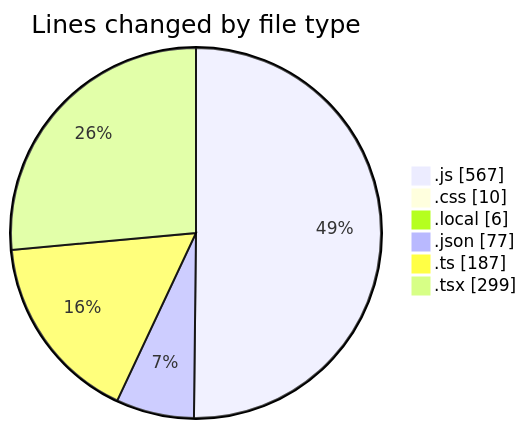
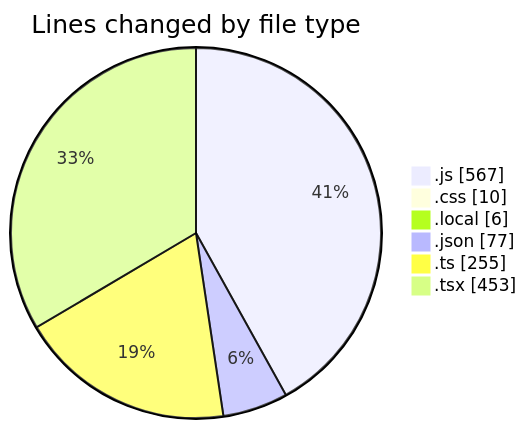
Before and after one commit to Ritupan-Deka/code-tracking: the first of 2 diagrams in 2025-05-04/houserentalservice/README.md, drawn with Mermaid. The commit also changed other lines of this file and 1 other file, not shown here.

````diff
--- a/2025-05-04/houserentalservice/README.md
+++ b/2025-05-04/houserentalservice/README.md
@@ -51,10 +54,10 @@
 ```mermaid
 pie showData
 title Lines changed by file type
 ".js" : 567
 ".css" : 10
 ".local" : 6
 ".json" : 77
-".ts" : 187
-".tsx" : 299
+".ts" : 255
+".tsx" : 453
 ```
````
